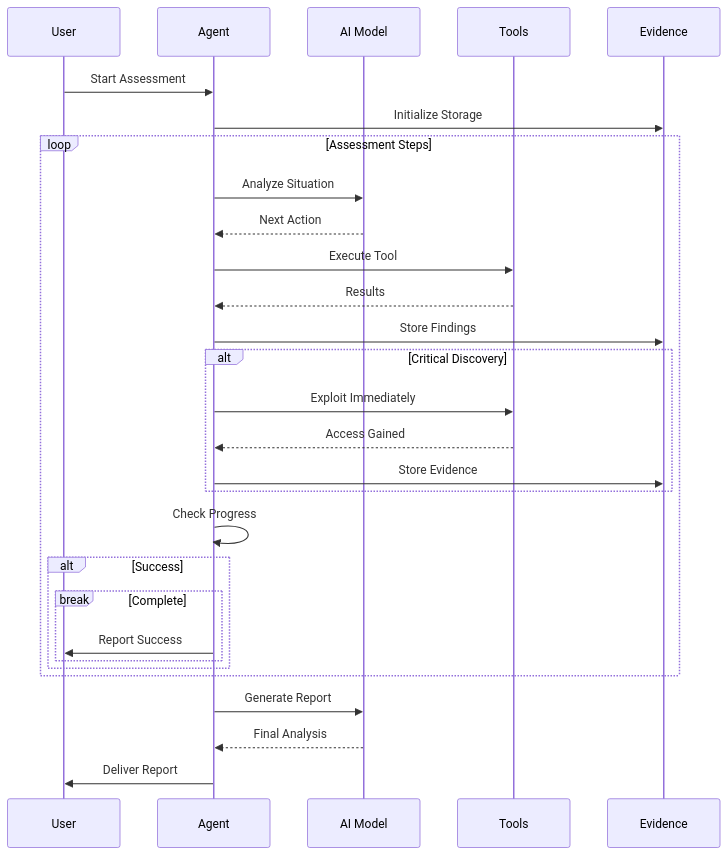
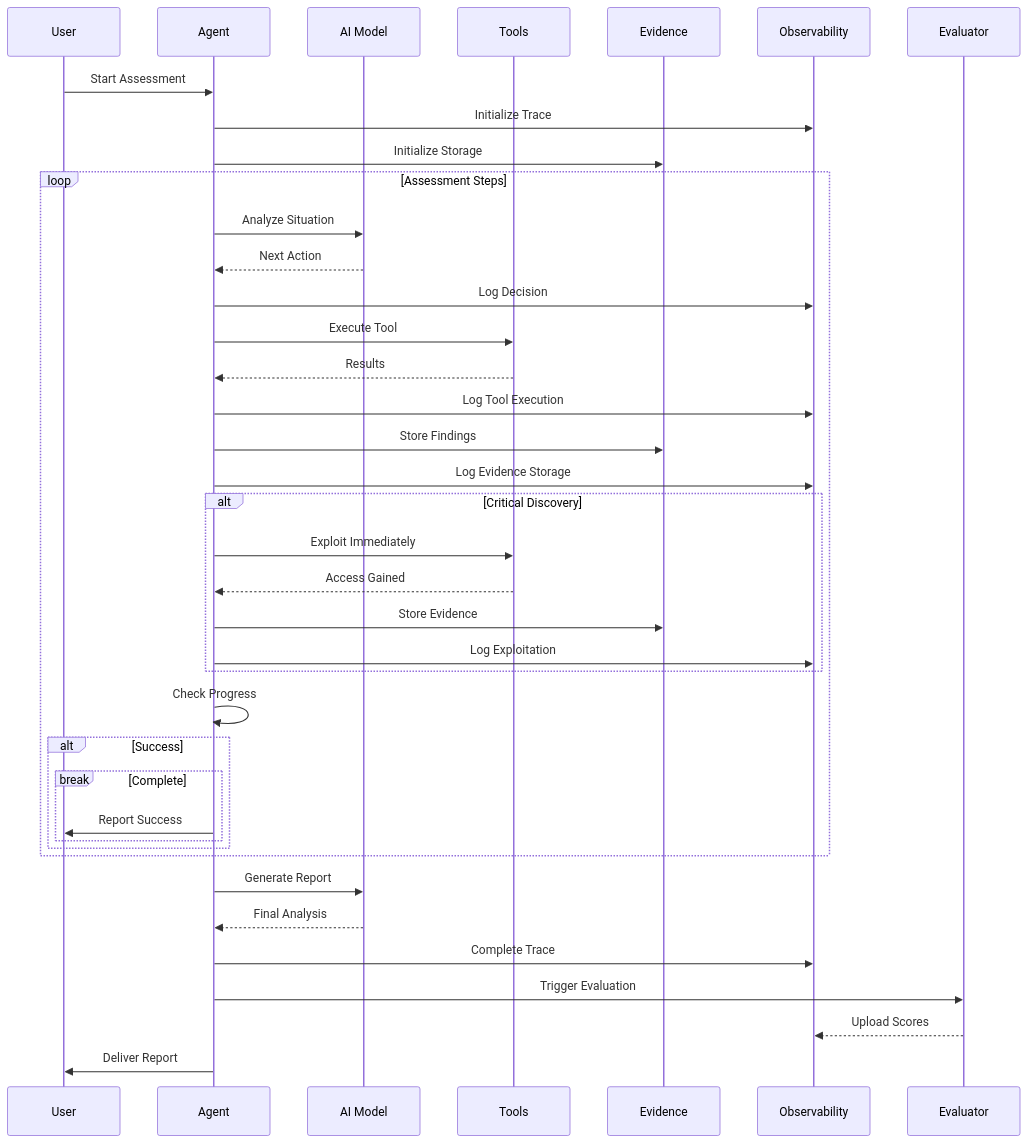
The second of 3 diagrams in README.md (westonbrown/Cyber-AutoAgent), drawn with Mermaid before and after one commit. The commit also changed other lines of this file and 11 other files, not shown here.

Commit message:
Enhance observability stack with Ragas evaluation and comprehensive documentation updates; Integrated 8 automated evaluation metrics; improved documentation with cover art and improved architecture diagrams,fixed local evidence storage paths, and removed emoji clutter for professional presentation;

````diff
--- a/README.md
+++ b/README.md
@@ -147,37 +201,47 @@
 ```mermaid
 sequenceDiagram
     participant U as User
     participant A as Agent
     participant M as AI Model
     participant T as Tools
     participant E as Evidence
+    participant L as Observability
+    participant R as Evaluator
 
     U->>A: Start Assessment
+    A->>L: Initialize Trace
     A->>E: Initialize Storage
     
     loop Assessment Steps
         A->>M: Analyze Situation
         M-->>A: Next Action
+        A->>L: Log Decision
         A->>T: Execute Tool
         T-->>A: Results
+        A->>L: Log Tool Execution
         A->>E: Store Findings
+        A->>L: Log Evidence Storage
         
         alt Critical Discovery
             A->>T: Exploit Immediately
             T-->>A: Access Gained
             A->>E: Store Evidence
+            A->>L: Log Exploitation
         end
         
         A->>A: Check Progress
         
         alt Success
             break Complete
                 A->>U: Report Success
             end
         end
     end
     
     A->>M: Generate Report
     M-->>A: Final Analysis
+    A->>L: Complete Trace
+    A->>R: Trigger Evaluation
+    R-->>L: Upload Scores
     A->>U: Deliver Report
 ```
````
